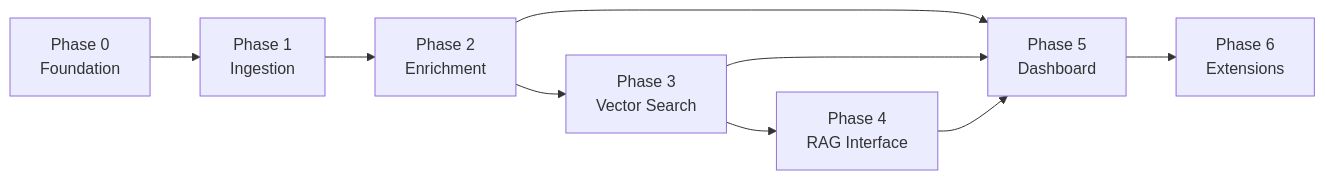
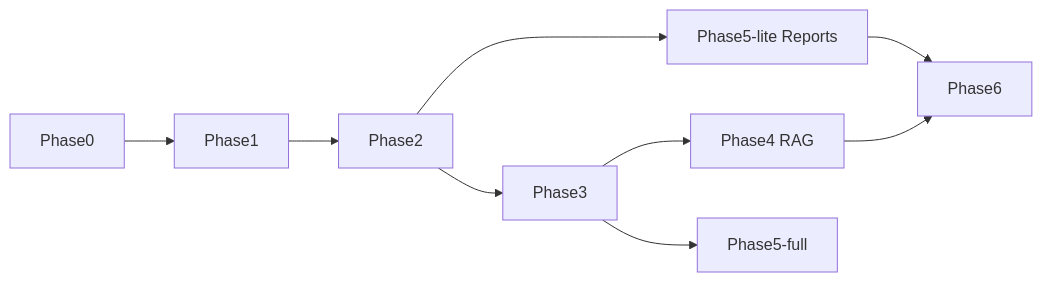
Diagram 12 of 12 in docs/phase-wise-architecture.md (Aparnachandrashekar/voc-intelligence-platform), drawn with Mermaid before and after one commit. The commit also changed other lines of this file and 170 other files, not shown here.

````diff
--- a/docs/phase-wise-architecture.md
+++ b/docs/phase-wise-architecture.md
@@ -611,11 +672,11 @@
 ```mermaid
 flowchart LR
-    P0[Phase 0<br>Foundation] --> P1[Phase 1<br>Ingestion]
-    P1 --> P2[Phase 2<br>Enrichment]
-    P2 --> P3[Phase 3<br>Vector Search]
-    P3 --> P4[Phase 4<br>RAG Interface]
-    P2 --> P5[Phase 5<br>Dashboard]
-    P3 --> P5
-    P4 --> P5
-    P5 --> P6[Phase 6<br>Extensions]
+    P0[Phase0] --> P1[Phase1]
+    P1 --> P2[Phase2]
+    P2 --> P5lite[Phase5-lite Reports]
+    P2 --> P3[Phase3]
+    P3 --> P4[Phase4 RAG]
+    P3 --> P5full[Phase5-full]
+    P5lite --> P6[Phase6]
+    P4 --> P6
 ```
````
